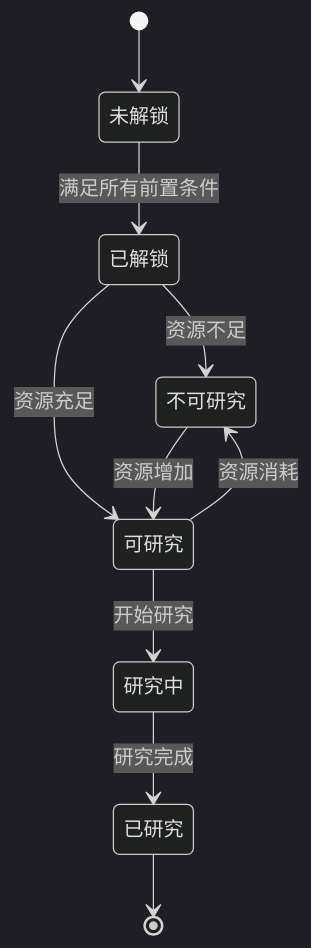
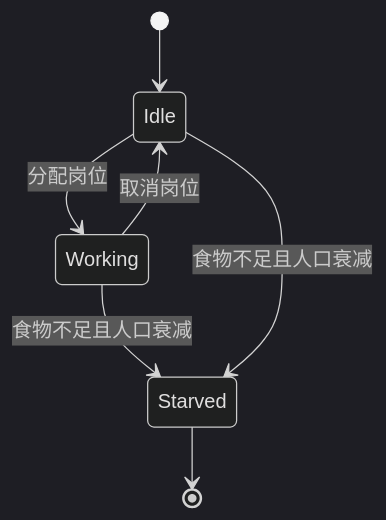
One commit to kaito387/puppies-game changed the tenth of 13 diagrams in docs/02_系统建模报告.md. Above: the diagram before and after it, drawn with Mermaid (dark theme). The commit also changed other lines of this file and 7 other files, not shown here.

````diff
--- a/docs/02_系统建模报告.md
+++ b/docs/02_系统建模报告.md
@@ -372,16 +311,9 @@
 ```mermaid
 stateDiagram-v2
-    [*] --> 未解锁
-
-    未解锁 --> 已解锁: 满足所有前置条件
-
-    已解锁 --> 不可研究: 资源不足
-    已解锁 --> 可研究: 资源充足
-
-    不可研究 --> 可研究: 资源增加
-    可研究 --> 不可研究: 资源消耗
-
-    可研究 --> 研究中: 开始研究
-    研究中 --> 已研究: 研究完成
-    已研究 --> [*]
+  [*] --> Idle
+  Idle --> Working: 分配岗位
+  Working --> Idle: 取消岗位
+  Working --> Starved: 食物不足且人口衰减
+  Idle --> Starved: 食物不足且人口衰减
+  Starved --> [*]
 ```
````
